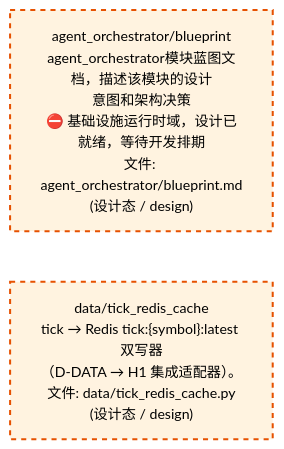
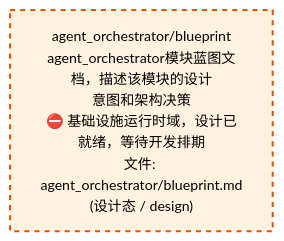
One commit to xuanFelixVan/ZephyrAlpha changed the third of 4 diagrams in docs/02_enterprise_architecture/02_domain_architecture_docs/06_d_infra_runtime.md. Above: the diagram before and after it, drawn with Mermaid. The commit also changed other lines of this file and 50 other files, not shown here.

````diff
--- a/docs/02_enterprise_architecture/02_domain_architecture_docs/06_d_infra_runtime.md
+++ b/docs/02_enterprise_architecture/02_domain_architecture_docs/06_d_infra_runtime.md
@@ -1107,12 +1113,10 @@
 ```mermaid
 %%{init: {'theme': 'base', 'themeVariables': {'primaryColor': '#eaeaea', 'primaryTextColor': '#333333', 'primaryBorderColor': '#666666', 'lineColor': '#666666', 'secondaryColor': '#eaeaea', 'tertiaryColor': '#eaeaea', 'fontSize': '14px'}}}%%
 flowchart TD
     docs_03_modules_cross_layer_agent_orchestrator_blueprint_md["agent_orchestrator/blueprint<br/>agent_orchestrator模块蓝图文档，描述该模块的设计<br/>意图和架构决策<br/>⛔ 基础设施运行时域，设计已就绪，等待开发排期<br/>文件: agent_orchestrator/blueprint.md<br/>(设计态 / design)"]
-    src_zephyr_data_tick_redis_cache_py["data/tick_redis_cache<br/>tick → Redis tick:{symbol}:latest 双写器<br/>（D-DATA → H1 集成适配器）。<br/>文件: data/tick_redis_cache.py<br/>(设计态 / design)"]
-    docs_03_modules_cross_layer_agent_orchestrator_blueprint_md ~~~ src_zephyr_data_tick_redis_cache_py
     classDef production fill:#e1f5fe,stroke:#01579b,stroke-width:2px,color:#000
     classDef design fill:#fff3e0,stroke:#e65100,stroke-width:2px,color:#000,stroke-dasharray: 5 5
     classDef external_prod fill:#e8f4fd,stroke:#0277bd,stroke-width:1px,color:#000
     classDef external_design fill:#fff8e7,stroke:#ef6c00,stroke-width:1px,color:#000,stroke-dasharray: 5 5
-    class docs_03_modules_cross_layer_agent_orchestrator_blueprint_md,src_zephyr_data_tick_redis_cache_py design
+    class docs_03_modules_cross_layer_agent_orchestrator_blueprint_md design
 ```
````
